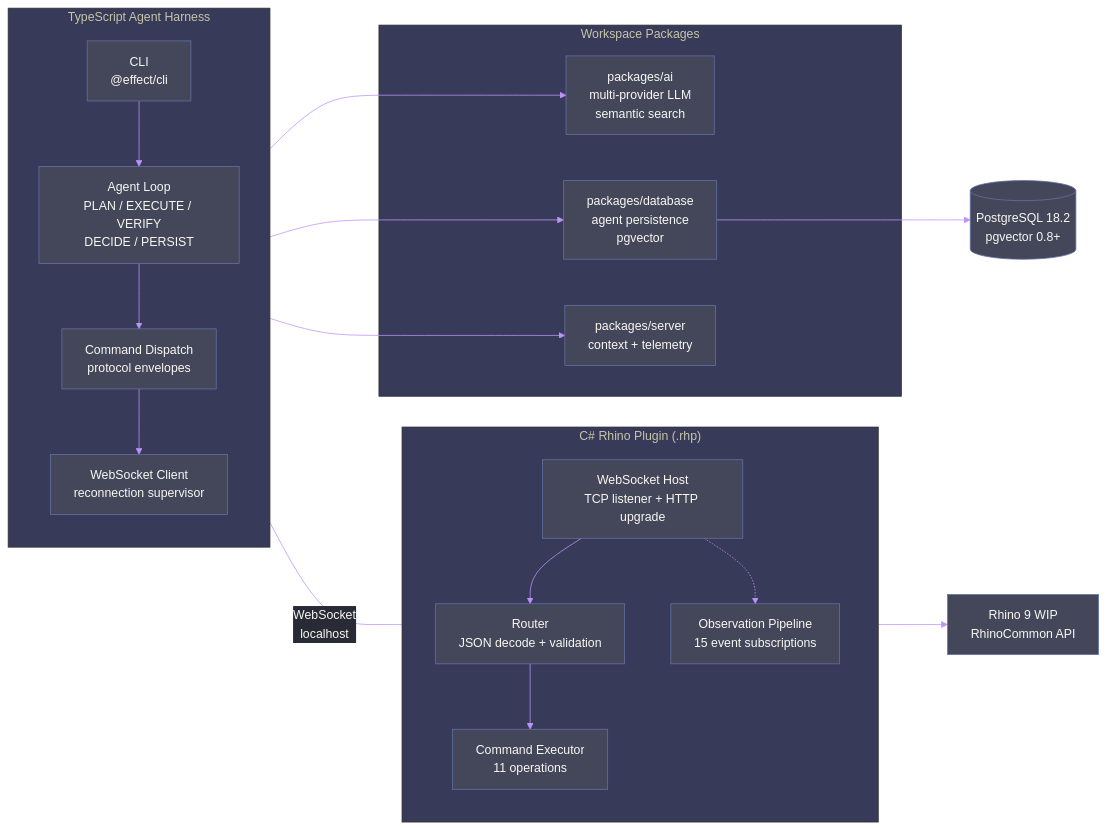
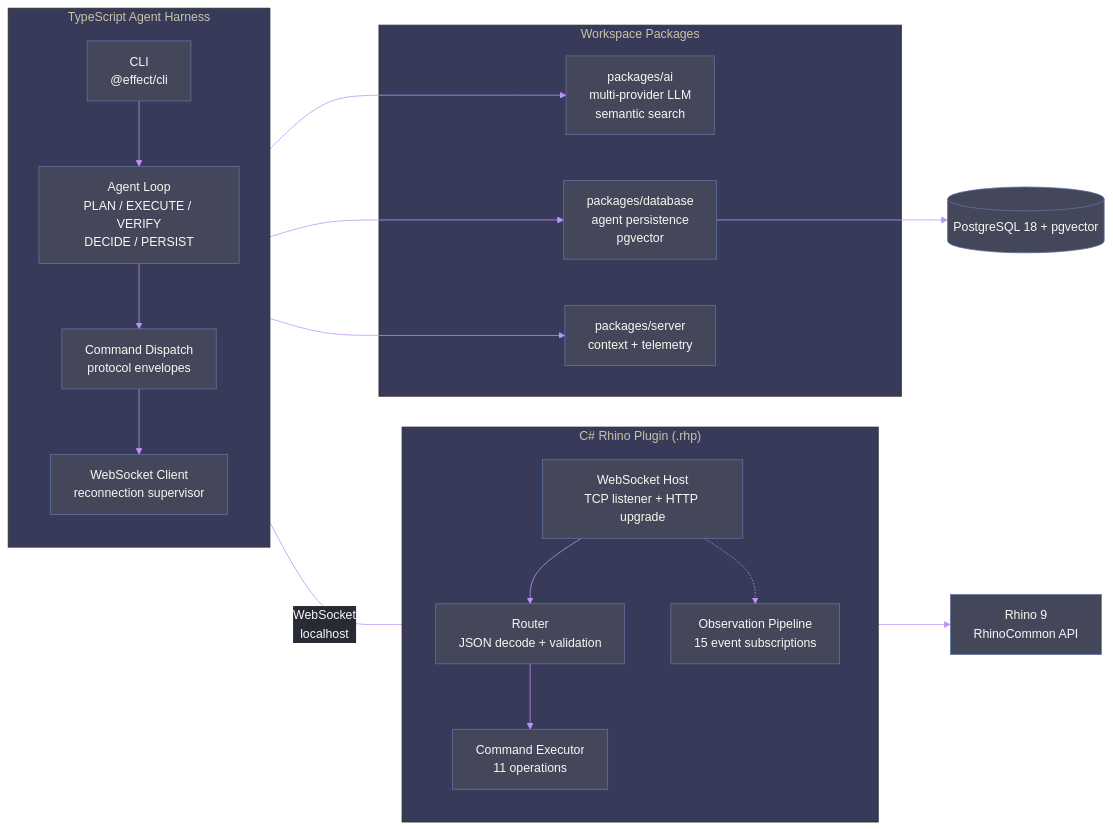
The first of 3 diagrams in apps/kargadan/README.md (bsamiee/Parametric_Portal), drawn with Mermaid before and after one commit. The commit also changed other lines of this file and 54 other files, not shown here.

````diff
--- a/apps/kargadan/README.md
+++ b/apps/kargadan/README.md
@@ -46,53 +68,53 @@
 ```mermaid
 ---
 config:
   theme: base
   themeVariables:
     primaryColor: "#44475a"
     primaryTextColor: "#f8f8f2"
     primaryBorderColor: "#6272a4"
     secondaryColor: "#282a36"
     tertiaryColor: "#383a59"
     lineColor: "#bd93f9"
     fontFamily: "monospace"
   flowchart:
     curve: basis
     nodeSpacing: 60
     rankSpacing: 60
 ---
 flowchart LR
   accTitle: Kargadan Two-Process Architecture
   accDescr: TypeScript harness communicates with C# Rhino plugin over localhost WebSocket
 
   subgraph Harness ["TypeScript Agent Harness"]
     direction TB
     CLI["CLI\n@effect/cli"]
     AL["Agent Loop\nPLAN / EXECUTE / VERIFY\nDECIDE / PERSIST"]
     CD["Command Dispatch\nprotocol envelopes"]
     WC["WebSocket Client\nreconnection supervisor"]
     CLI --> AL --> CD --> WC
   end
 
   subgraph Plugin ["C# Rhino Plugin (.rhp)"]
     direction TB
     WS["WebSocket Host\nTCP listener + HTTP upgrade"]
     RT["Router\nJSON decode + validation"]
     EX["Command Executor\n11 operations"]
     OB["Observation Pipeline\n15 event subscriptions"]
     WS --> RT --> EX
     WS -.-> OB
   end
 
   subgraph Deps ["Workspace Packages"]
     AI["packages/ai\nmulti-provider LLM\nsemantic search"]
     DB["packages/database\nagent persistence\npgvector"]
     SV["packages/server\ncontext + telemetry"]
   end
 
   WC ---|"WebSocket\nlocalhost"| WS
   AL --> AI
   AL --> DB
   AL --> SV
-  EX --> Rhino9["Rhino 9 WIP\nRhinoCommon API"]
-  DB --> PG[("PostgreSQL 18.2\npgvector 0.8+")]
+  EX --> Rhino9["Rhino 9\nRhinoCommon API"]
+  DB --> PG[("PostgreSQL 18 + pgvector")]
 ```
````
